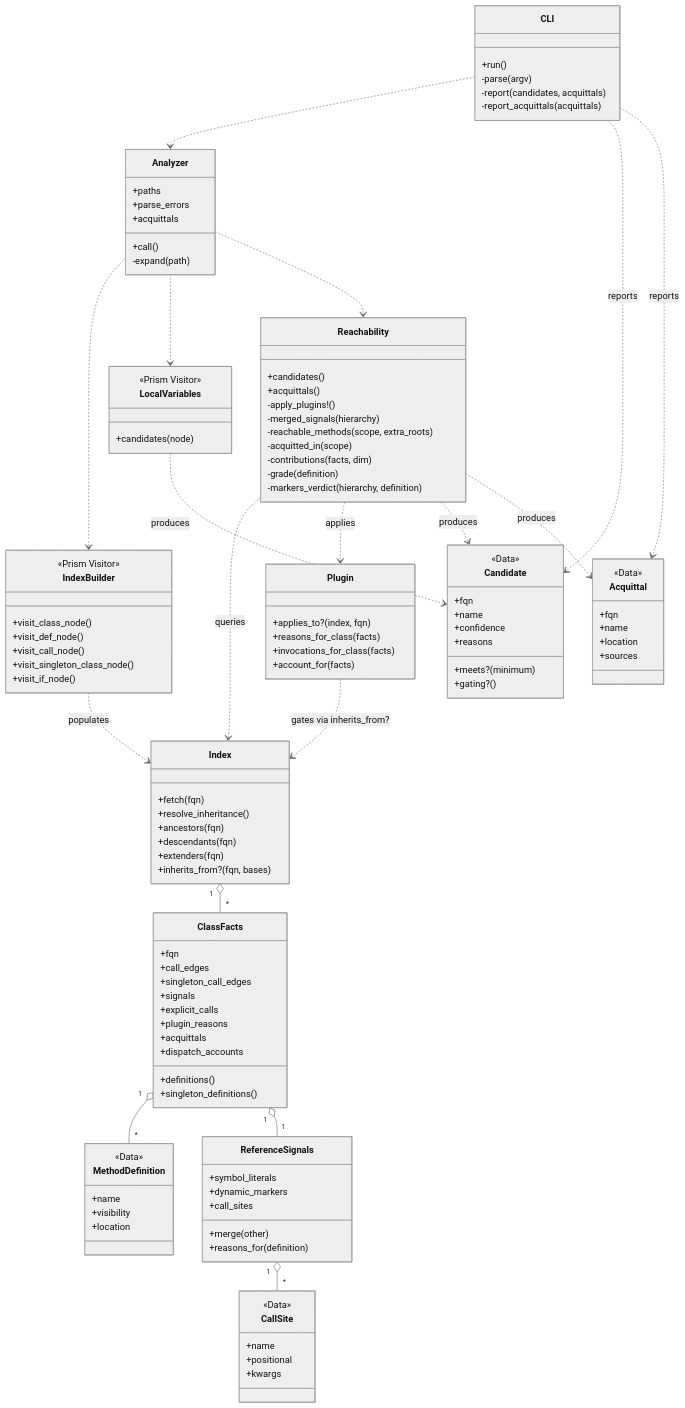
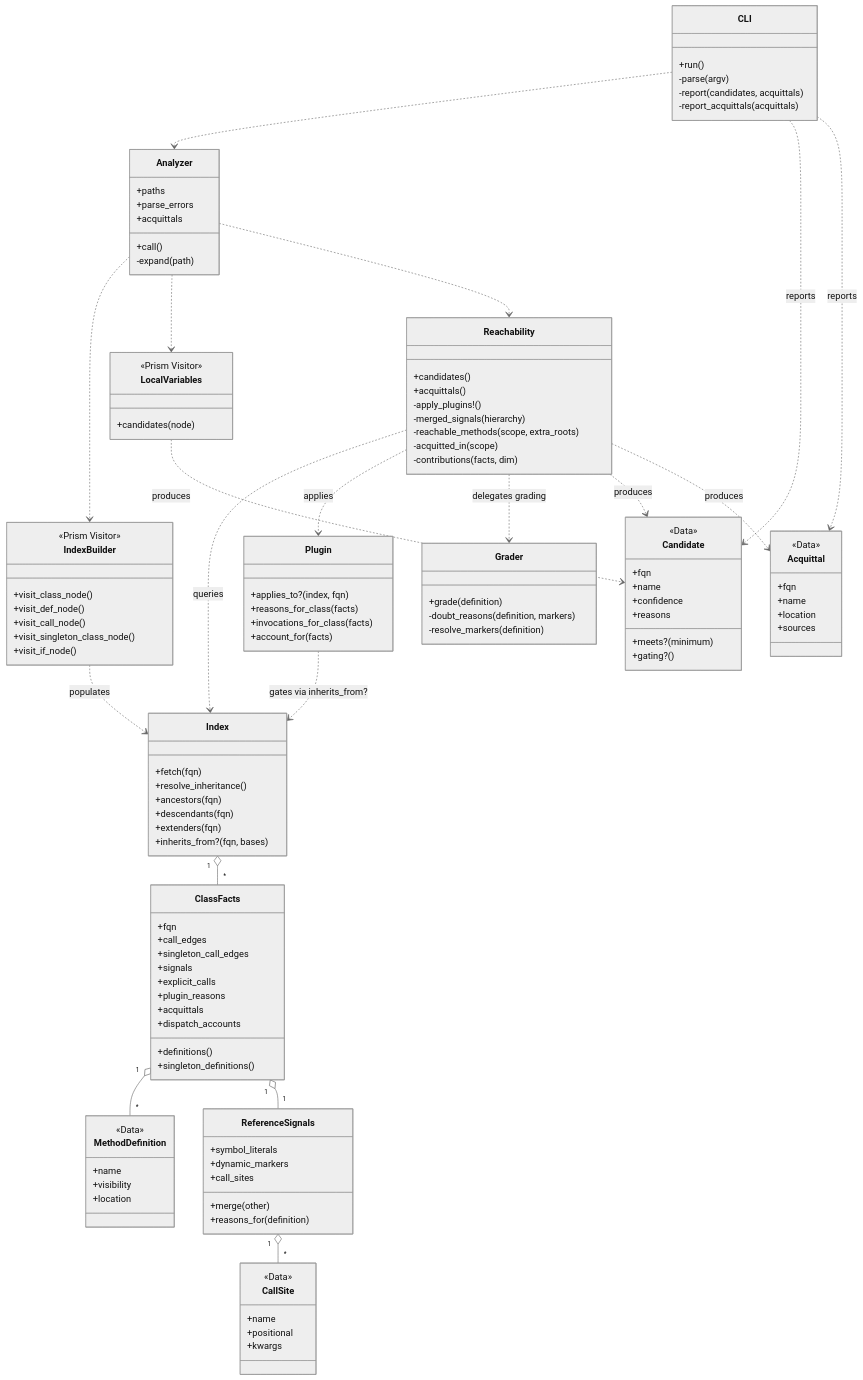
Before and after one commit to joelbiffin/thanatos: the second of 2 diagrams in docs/architecture.md, drawn with Mermaid (neutral theme). The commit also changed other lines of this file and 2 other files, not shown here.

First line of the commit message:
Document the Grader extraction and reach validation

```diff
--- a/docs/architecture.md
+++ b/docs/architecture.md
@@ -147,8 +147,11 @@
         -reachable_methods(scope, extra_roots)
         -acquitted_in(scope)
         -contributions(facts, dim)
-        -grade(definition)
-        -markers_verdict(hierarchy, definition)
+    }
+    class Grader {
+        +grade(definition)
+        -doubt_reasons(definition, markers)
+        -resolve_markers(definition)
     }
     class MethodDefinition {
         <<Data>>
@@ -184,6 +187,7 @@
     ClassFacts "1" o-- "1" ReferenceSignals
     ReferenceSignals "1" o-- "*" CallSite
     Reachability ..> Plugin : applies
+    Reachability ..> Grader : delegates grading
     Plugin ..> Index : gates via inherits_from?
     Reachability ..> Candidate : produces
     Reachability ..> Acquittal : produces
```
